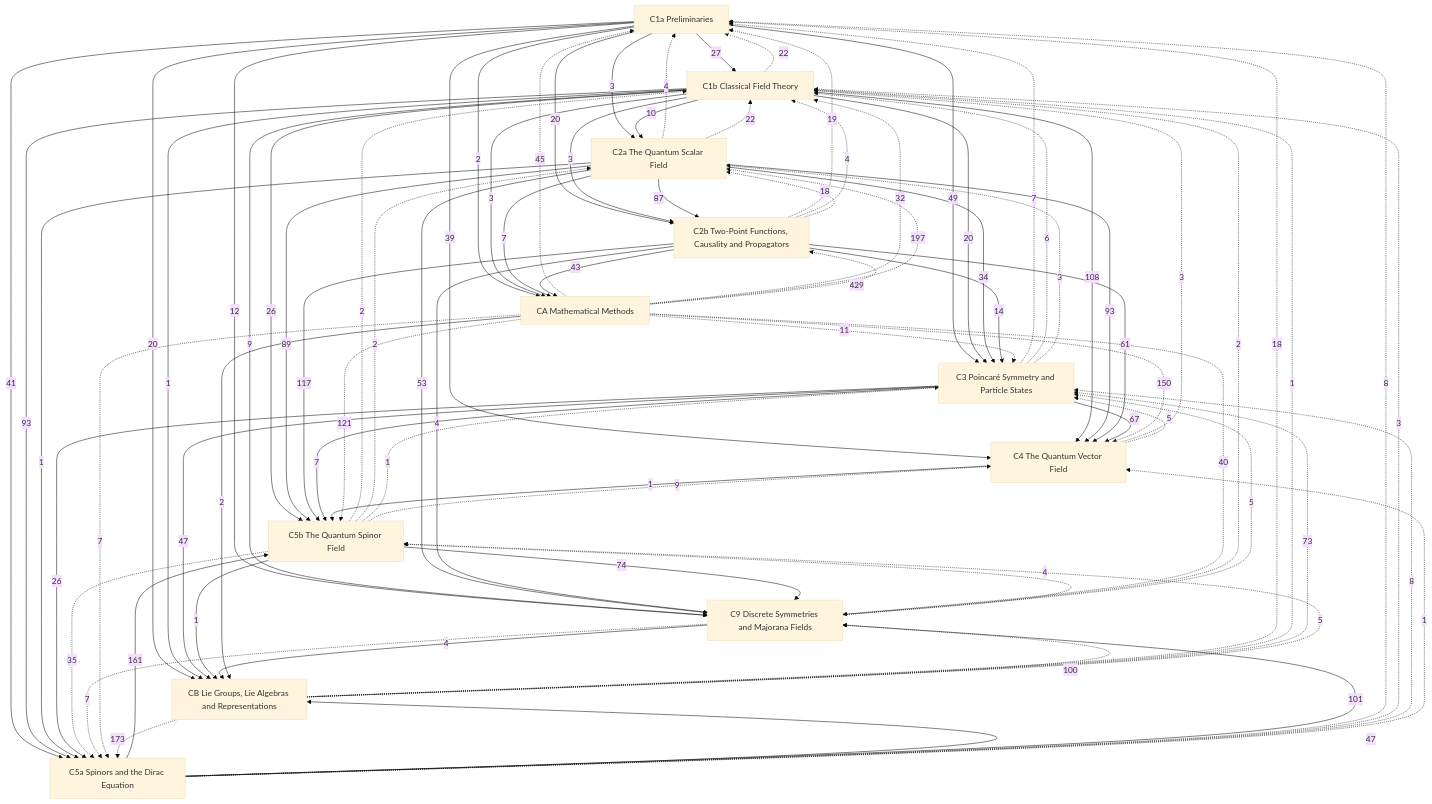
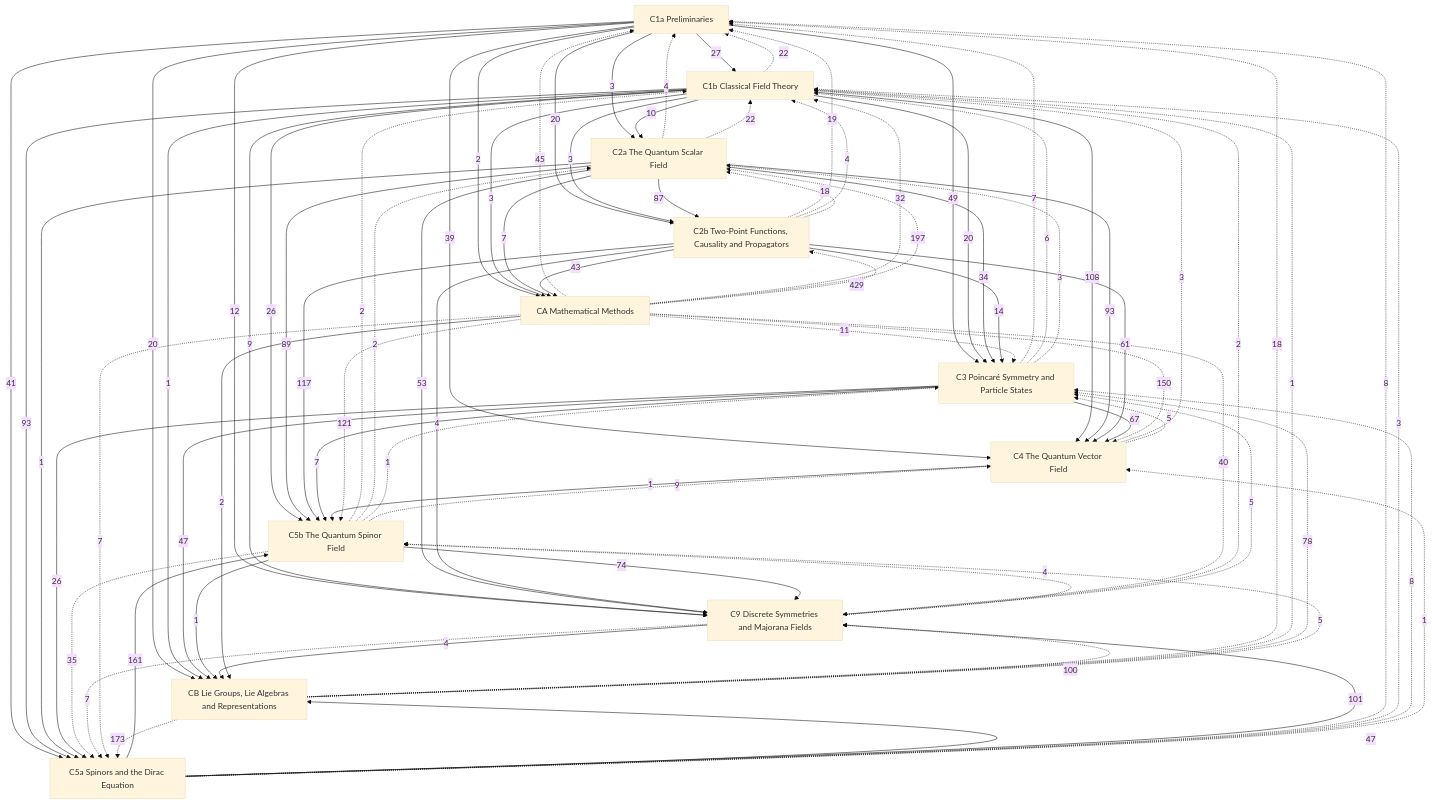
Before and after one commit to Onion20040508/notes: the diagram in Physics/Quantum Field Theory/Quantum Field Theory.md, drawn with Mermaid (base theme). The commit also changed 5 other files, not shown here.

```diff
--- a/Physics/Quantum Field Theory/Quantum Field Theory.md
+++ b/Physics/Quantum Field Theory/Quantum Field Theory.md
@@ -108,7 +108,7 @@
   C5b -.->|1| C3
   C9 -.->|5| C3
   CA -.->|11| C3
-  CB -.->|73| C3
+  CB -.->|78| C3
   C5a -.->|1| C4
   C5b -.->|9| C4
   CA -.->|150| C4
```
